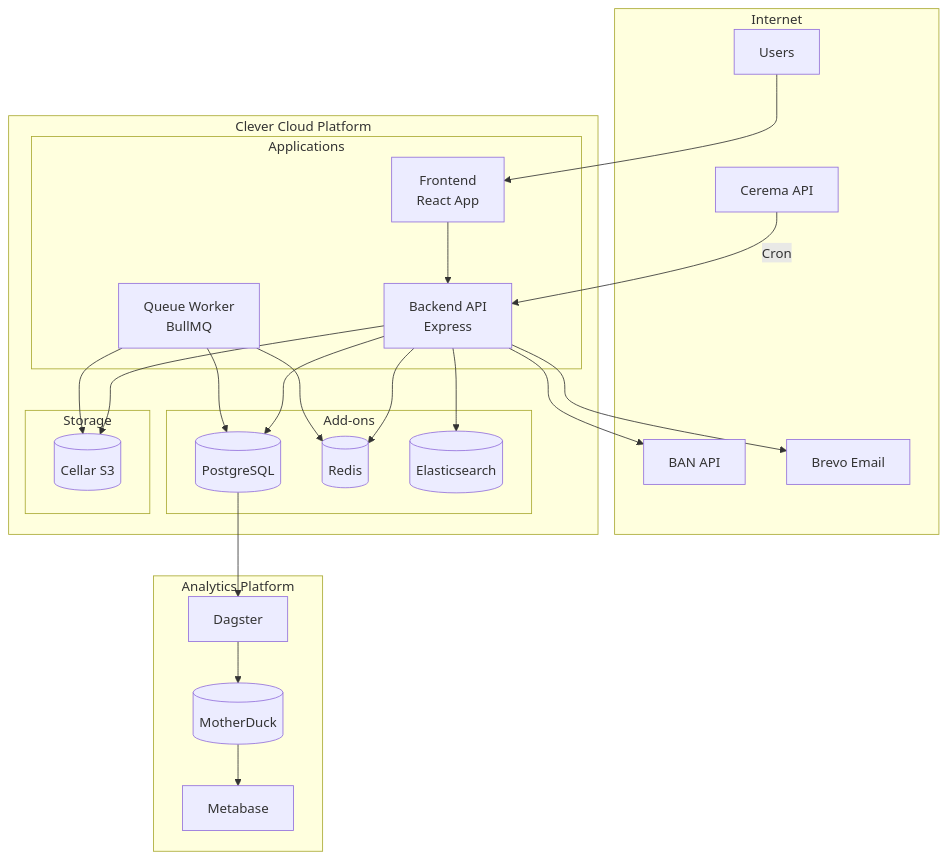
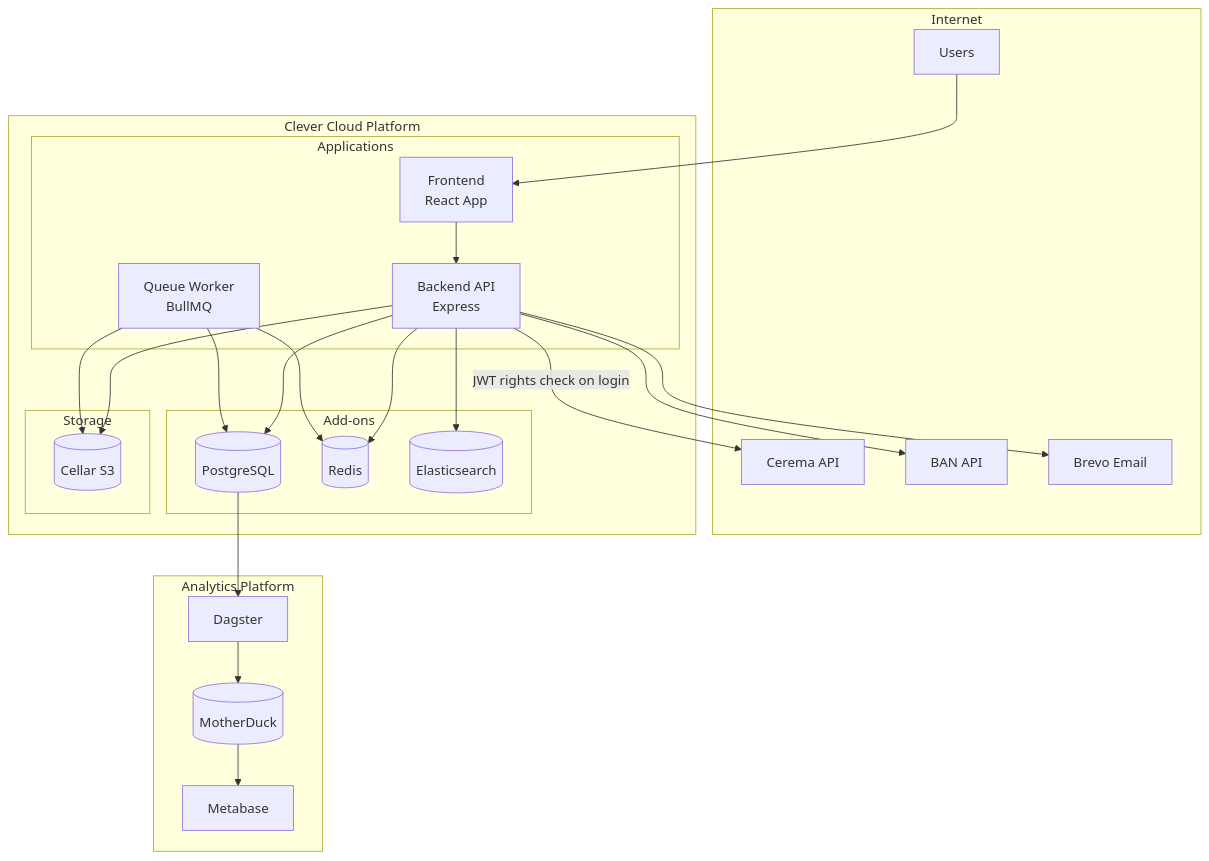
The first of 4 diagrams in docs/architecture/06-infrastructure.md (MTES-MCT/zero-logement-vacant), drawn with Mermaid before and after one commit. The commit also changed other lines of this file and 8 other files, not shown here.

Commit message:
docs(cerema): remove stale cron procedures

````diff
--- a/docs/architecture/06-infrastructure.md
+++ b/docs/architecture/06-infrastructure.md
@@ -11,52 +11,52 @@
 ```mermaid
 flowchart TB
     subgraph Internet["Internet"]
         Users[Users]
         Cerema[Cerema API]
         BAN[BAN API]
         Brevo[Brevo Email]
     end
 
     subgraph CleverCloud["Clever Cloud Platform"]
         subgraph Apps["Applications"]
             Frontend[Frontend<br/>React App]
             Backend[Backend API<br/>Express]
             Queue[Queue Worker<br/>BullMQ]
         end
 
         subgraph AddOns["Add-ons"]
             PostgreSQL[(PostgreSQL)]
             Redis[(Redis)]
             Elasticsearch[(Elasticsearch)]
         end
 
         subgraph Storage["Storage"]
             Cellar[(Cellar S3)]
         end
     end
 
     subgraph Analytics["Analytics Platform"]
         Dagster[Dagster]
         MotherDuck[(MotherDuck)]
         Metabase[Metabase]
     end
 
     Users --> Frontend
     Frontend --> Backend
     Backend --> PostgreSQL
     Backend --> Redis
     Backend --> Elasticsearch
     Backend --> Cellar
     Backend --> BAN
     Backend --> Brevo
 
     Queue --> Redis
     Queue --> PostgreSQL
     Queue --> Cellar
 
-    Cerema -->|Cron| Backend
+    Backend -->|JWT rights check on login| Cerema
 
     PostgreSQL --> Dagster
     Dagster --> MotherDuck
     MotherDuck --> Metabase
 ```
````
